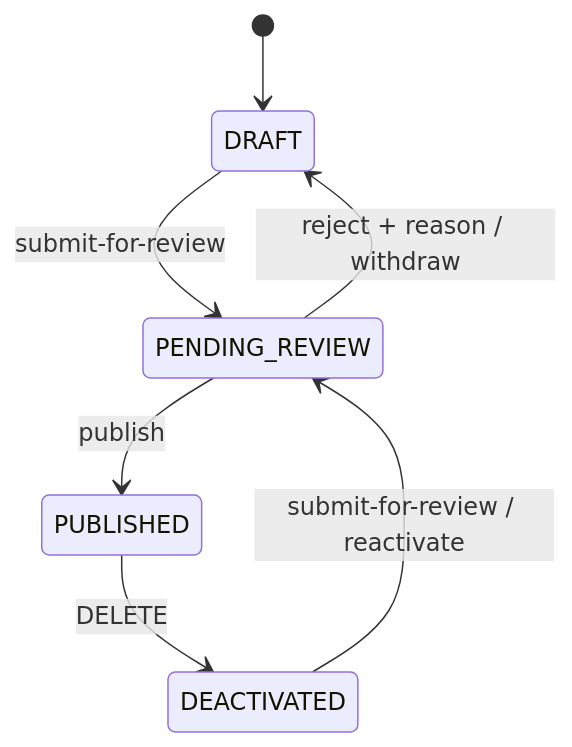
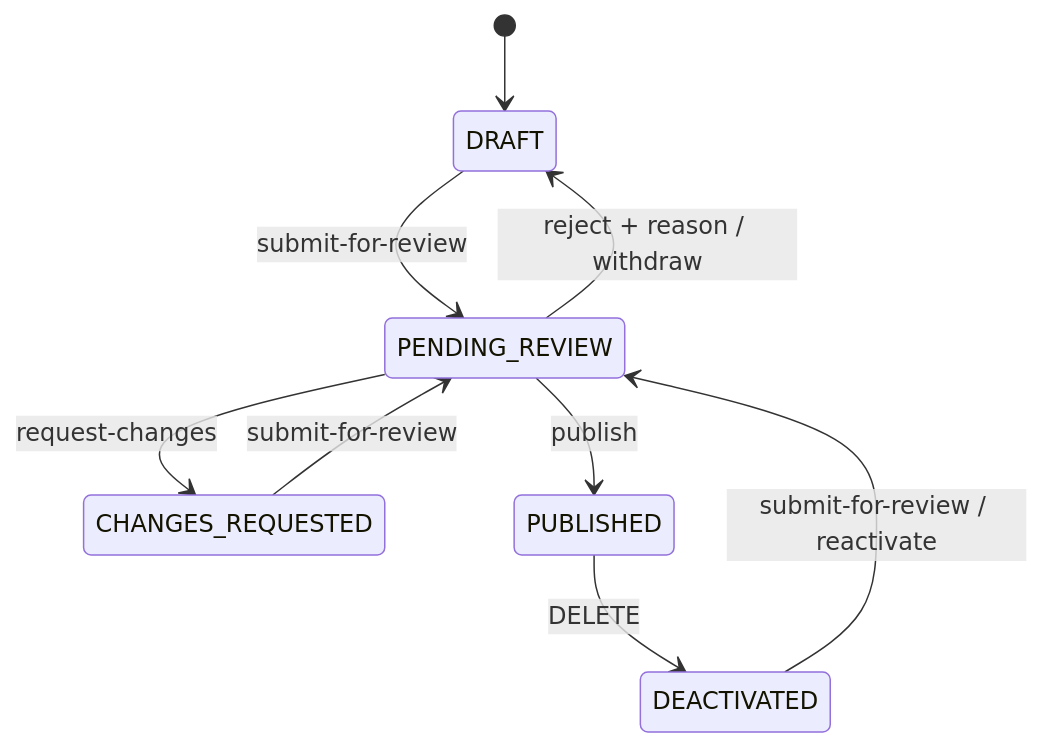
One commit to Donny200/Reestr changed the diagram in docs/function-editorial-workflow.md. Above: the diagram before and after it, drawn with Mermaid. The commit also changed other lines of this file and 79 other files, not shown here.

````diff
--- a/docs/function-editorial-workflow.md
+++ b/docs/function-editorial-workflow.md
@@ -45,9 +45,11 @@
 ```mermaid
 stateDiagram-v2
     [*] --> DRAFT
     DRAFT --> PENDING_REVIEW: submit-for-review
     PENDING_REVIEW --> DRAFT: reject + reason / withdraw
+    PENDING_REVIEW --> CHANGES_REQUESTED: request-changes
+    CHANGES_REQUESTED --> PENDING_REVIEW: submit-for-review
     PENDING_REVIEW --> PUBLISHED: publish
     PUBLISHED --> DEACTIVATED: DELETE
     DEACTIVATED --> PENDING_REVIEW: submit-for-review / reactivate
 ```
````
